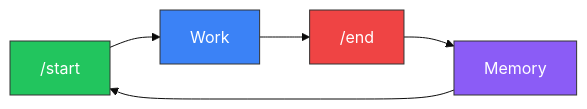
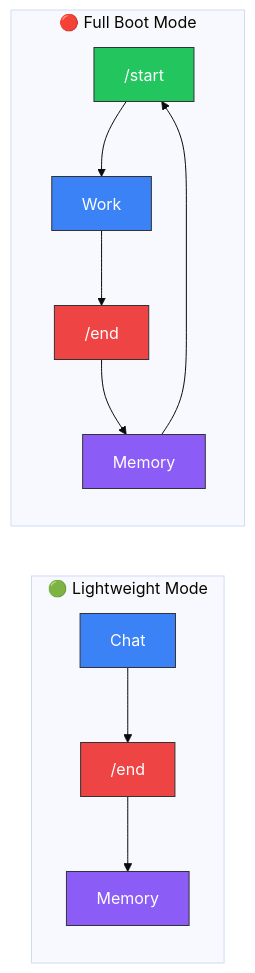
Before and after one commit to agent-memory-atlas-archive/winstonkoh87--Athena-Public: the diagram in README.md, drawn with Mermaid (base theme). The commit also changed other lines of this file and 13 other files, not shown here.

````diff
--- a/README.md
+++ b/README.md
@@ -246,12 +246,22 @@
 ```mermaid
 flowchart LR
-    A["/start"] --> B["Work"]
-    B --> C["/end"]
-    C --> D["Memory"]
-    D --> A
+    subgraph "🟢 Lightweight Mode"
+        A1["Chat"] --> C1["/end"]
+        C1 --> D1["Memory"]
+    end
 
-    style A fill:#22c55e,color:#fff,stroke:#333
-    style C fill:#ef4444,color:#fff,stroke:#333
-    style D fill:#8b5cf6,color:#fff,stroke:#333
-    style B fill:#3b82f6,color:#fff,stroke:#333
+    subgraph "🔴 Full Boot Mode"
+        A2["/start"] --> B2["Work"]
+        B2 --> C2["/end"]
+        C2 --> D2["Memory"]
+        D2 --> A2
+    end
+
+    style A1 fill:#3b82f6,color:#fff,stroke:#333
+    style C1 fill:#ef4444,color:#fff,stroke:#333
+    style D1 fill:#8b5cf6,color:#fff,stroke:#333
+    style A2 fill:#22c55e,color:#fff,stroke:#333
+    style C2 fill:#ef4444,color:#fff,stroke:#333
+    style D2 fill:#8b5cf6,color:#fff,stroke:#333
+    style B2 fill:#3b82f6,color:#fff,stroke:#333
 ```
````
